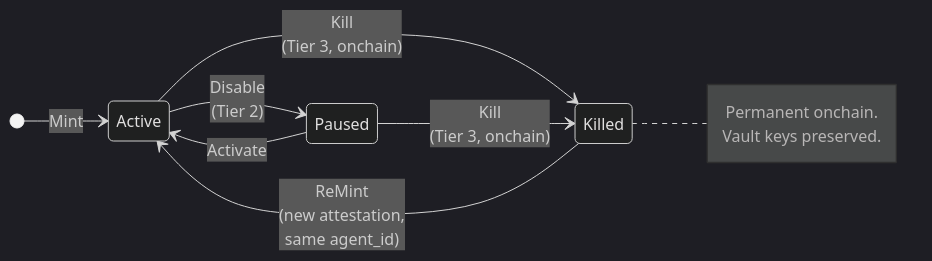
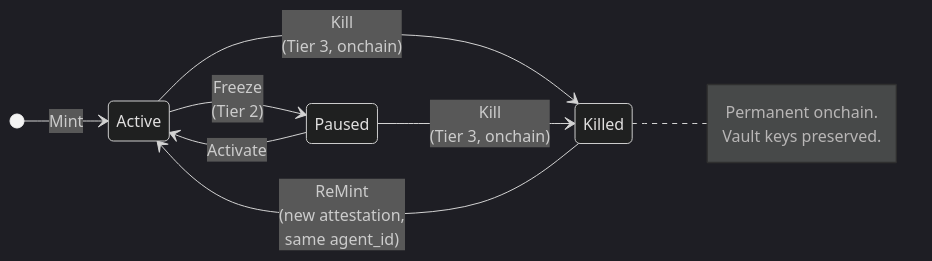
Before and after one commit to VitroTech/agentroot-docs: the first of 2 diagrams in lifecycle.mdx, drawn with Mermaid (dark theme). The commit also changed other lines of this file and 11 other files, not shown here.

````diff
--- a/lifecycle.mdx
+++ b/lifecycle.mdx
@@ -12,15 +12,15 @@
 ```mermaid
 stateDiagram-v2
     direction LR
     [*] --> Active : Mint
-    Active --> Paused : Disable<br/>(Tier 2)
+    Active --> Paused : Freeze<br/>(Tier 2)
     Paused --> Active : Activate
     Active --> Killed : Kill<br/>(Tier 3, onchain)
     Paused --> Killed : Kill<br/>(Tier 3, onchain)
     Killed --> Active : ReMint<br/>(new attestation,<br/>same agent_id)
 
     note right of Killed
         Permanent onchain.
         Vault keys preserved.
     end note
 ```
````
